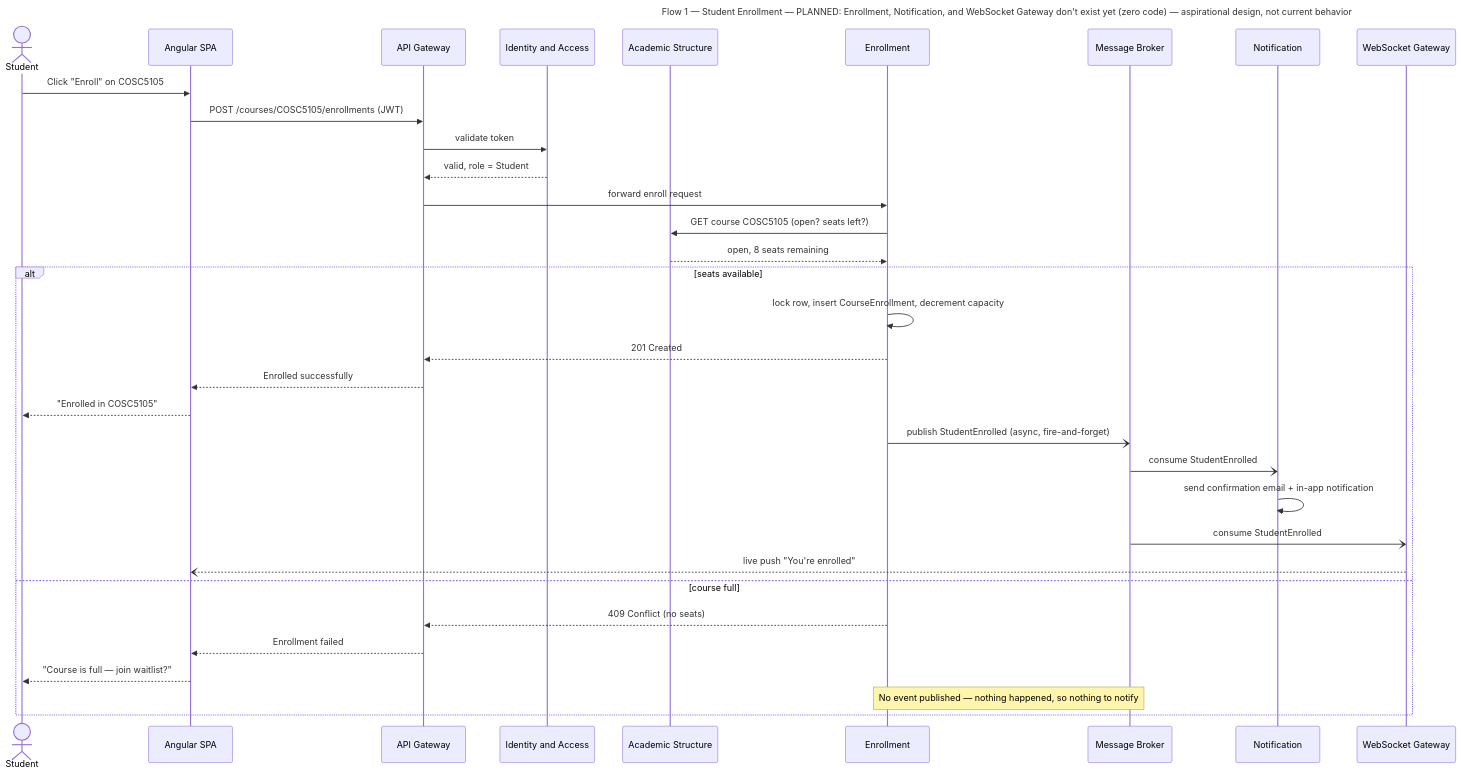
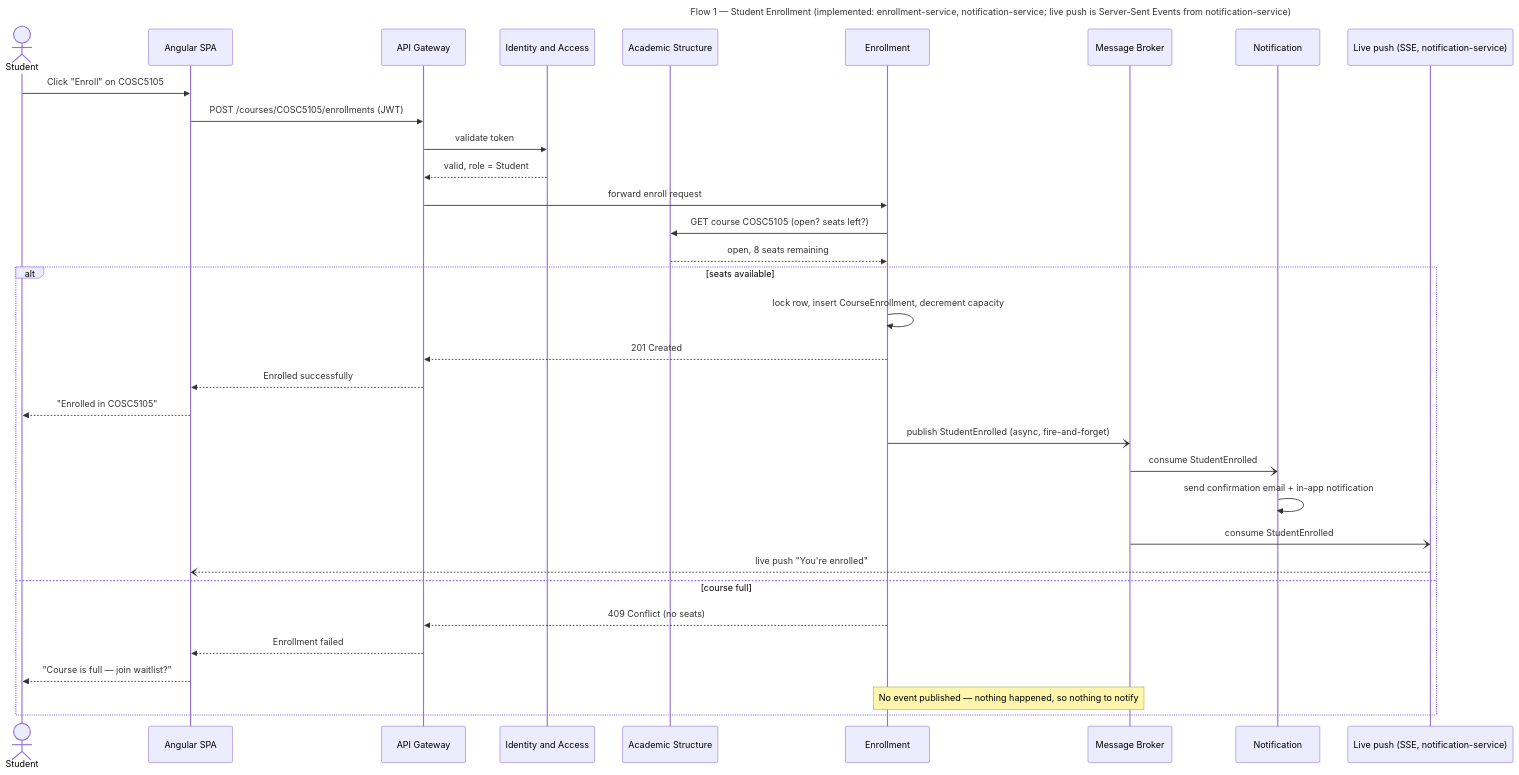
The diagram in docs/architecture/flow-01-student-enrollment.mmd (ESD-ONE/University-Course-Management-System), drawn with Mermaid before and after one commit. The commit also changed 543 other files, not shown here.

```diff
--- a/docs/architecture/flow-01-student-enrollment.mmd
+++ b/docs/architecture/flow-01-student-enrollment.mmd
@@ -1,39 +1,39 @@
 ---
-title: "Flow 1 — Student Enrollment — PLANNED: Enrollment, Notification, and WebSocket Gateway don't exist yet (zero code) — aspirational design, not current behavior"
+title: "Flow 1 — Student Enrollment (implemented: enrollment-service, notification-service; live push is Server-Sent Events from notification-service)"
 ---
 sequenceDiagram
     actor Student
     participant Client as Angular SPA
     participant GW as API Gateway
     participant IAM as Identity and Access
     participant ACAD as Academic Structure
     participant ENR as Enrollment
     participant MQ as Message Broker
     participant NOTIF as Notification
-    participant WS as WebSocket Gateway
+    participant WS as Live push (SSE, notification-service)
 
     Student->>Client: Click "Enroll" on COSC5105
     Client->>GW: POST /courses/COSC5105/enrollments (JWT)
     GW->>IAM: validate token
     IAM-->>GW: valid, role = Student
     GW->>ENR: forward enroll request
 
     ENR->>ACAD: GET course COSC5105 (open? seats left?)
     ACAD-->>ENR: open, 8 seats remaining
 
     alt seats available
         ENR->>ENR: lock row, insert CourseEnrollment, decrement capacity
         ENR-->>GW: 201 Created
         GW-->>Client: Enrolled successfully
         Client-->>Student: "Enrolled in COSC5105"
         ENR-)MQ: publish StudentEnrolled (async, fire-and-forget)
         MQ-)NOTIF: consume StudentEnrolled
         NOTIF->>NOTIF: send confirmation email + in-app notification
         MQ-)WS: consume StudentEnrolled
         WS--)Client: live push "You're enrolled"
     else course full
         ENR-->>GW: 409 Conflict (no seats)
         GW-->>Client: Enrollment failed
         Client-->>Student: "Course is full — join waitlist?"
         Note over ENR,MQ: No event published — nothing happened, so nothing to notify
     end
```
